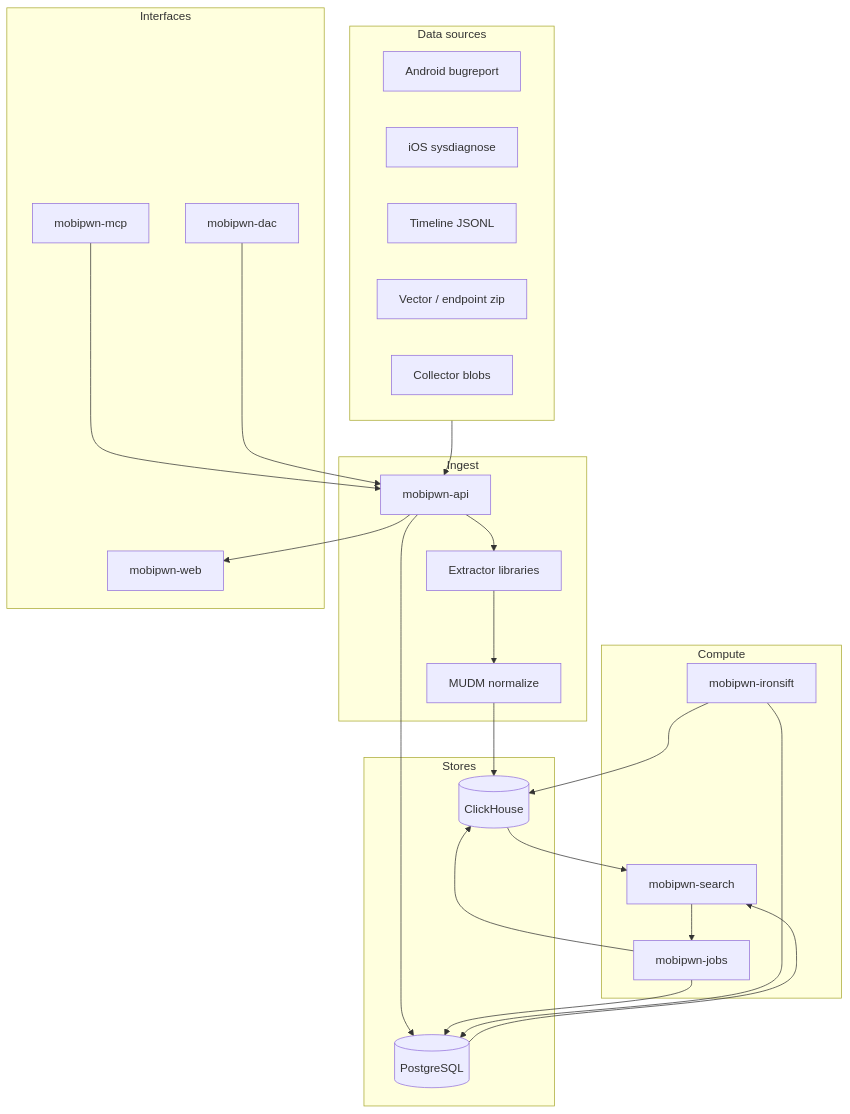
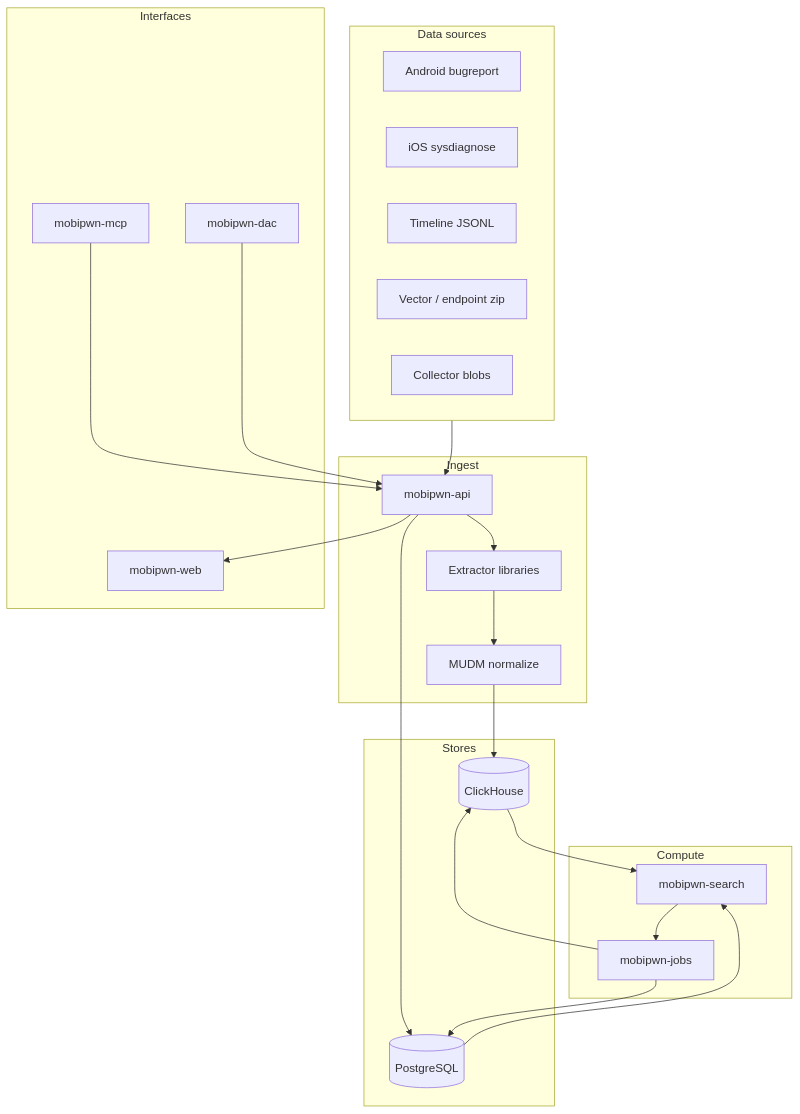
One commit to IsMyPhonePwned/mobipwn changed the first of 2 diagrams in docs/ARCHITECTURE.md. Above: the diagram before and after it, drawn with Mermaid. The commit also changed other lines of this file and 9 other files, not shown here.

````diff
--- a/docs/ARCHITECTURE.md
+++ b/docs/ARCHITECTURE.md
@@ -19,44 +19,42 @@
 ```mermaid
 flowchart TB
   subgraph sources["Data sources"]
     BR["Android bugreport"]
     SD["iOS sysdiagnose"]
     JL["Timeline JSONL"]
     VEC["Vector / endpoint zip"]
     COL["Collector blobs"]
   end
 
   subgraph ingest["Ingest"]
     API["mobipwn-api"]
     EXT["Extractor libraries"]
     MUDM["MUDM normalize"]
   end
 
   subgraph stores["Stores"]
     CH[("ClickHouse")]
     PG[("PostgreSQL")]
   end
 
   subgraph compute["Compute"]
     SEARCH["mobipwn-search"]
     JOBS["mobipwn-jobs"]
-    IRON["mobipwn-ironsift"]
   end
 
   subgraph ui["Interfaces"]
     WEB["mobipwn-web"]
     MCP["mobipwn-mcp"]
     DAC["mobipwn-dac"]
   end
 
   sources --> API
   API --> EXT --> MUDM --> CH
   API --> PG
   CH --> SEARCH
   PG --> SEARCH
   SEARCH --> JOBS
   JOBS --> PG & CH
-  IRON --> PG & CH
   API --> WEB
   MCP & DAC --> API
 ```
````
